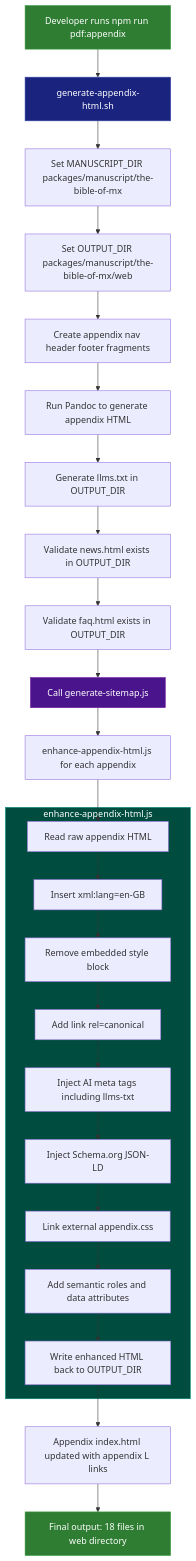
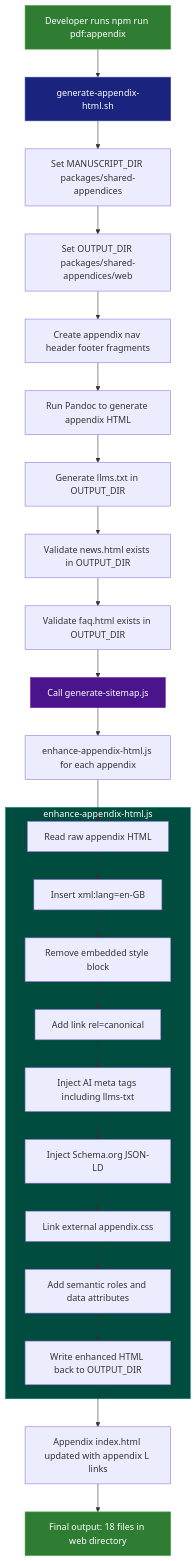
The second of 2 diagrams in docs/architecture/doc-architecture.md (ddttom/invisible-users), drawn with Mermaid before and after one commit. The commit also changed 10 other files, not shown here.

````diff
--- a/docs/architecture/doc-architecture.md
+++ b/docs/architecture/doc-architecture.md
@@ -35,42 +35,42 @@
 ```mermaid
 flowchart TB
     A[Developer runs npm run pdf:appendix] --> B[generate-appendix-html.sh]
 
-    B --> C[Set MANUSCRIPT_DIR packages/manuscript/the-bible-of-mx]
-    C --> D[Set OUTPUT_DIR packages/manuscript/the-bible-of-mx/web]
+    B --> C[Set MANUSCRIPT_DIR packages/shared-appendices]
+    C --> D[Set OUTPUT_DIR packages/shared-appendices/web]
 
     D --> E[Create appendix nav header footer fragments]
     E --> F[Run Pandoc to generate appendix HTML]
 
     F --> G[Generate llms.txt in OUTPUT_DIR]
 
     G --> H[Validate news.html exists in OUTPUT_DIR]
     H --> I[Validate faq.html exists in OUTPUT_DIR]
 
     I --> J[Call generate-sitemap.js]
 
     J --> K[enhance-appendix-html.js for each appendix]
 
     subgraph enhance[enhance-appendix-html.js]
         K1[Read raw appendix HTML]
         K2[Insert xml:lang=en-GB]
         K3[Remove embedded style block]
         K4[Add link rel=canonical]
         K5[Inject AI meta tags including llms-txt]
         K6[Inject Schema.org JSON-LD]
         K7[Link external appendix.css]
         K8[Add semantic roles and data attributes]
         K9[Write enhanced HTML back to OUTPUT_DIR]
     end
 
     K --> K1 --> K2 --> K3 --> K4 --> K5 --> K6 --> K7 --> K8 --> K9
 
     K9 --> L[Appendix index.html updated with appendix L links]
     L --> M[Final output: 18 files in web directory]
 
     style B fill:#1a237e,stroke:#3949ab,color:#fff
     style enhance fill:#004d40,stroke:#00897b,color:#fff
     style J fill:#4a148c,stroke:#7b1fa2,color:#fff
     style A fill:#2e7d32,stroke:#43a047,color:#fff
     style M fill:#2e7d32,stroke:#43a047,color:#fff
 ```
````
